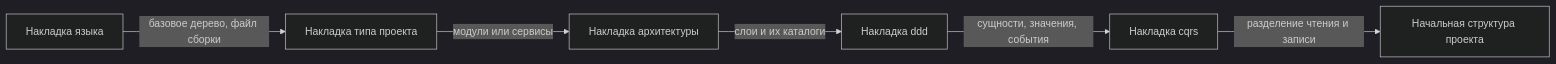
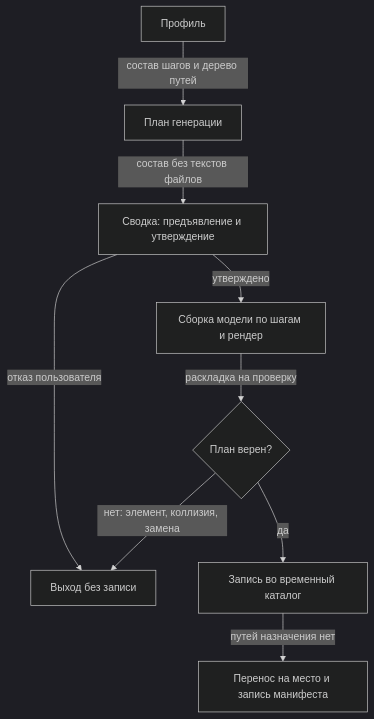
One commit to united-software-platform/extruder changed the second of 4 diagrams in docs/project-plan.md. Above: the diagram before and after it, drawn with Mermaid (dark theme). The commit also changed other lines of this file and 22 other files, not shown here.

First line of the commit message:
EXT-005: пересмотреть конвейер генерации — план, модель, проверка плана

````diff
--- a/docs/project-plan.md
+++ b/docs/project-plan.md
@@ -68,8 +70,11 @@
 ```mermaid
-flowchart LR
-    L[Накладка языка] -->|базовое дерево, файл сборки| T[Накладка типа проекта]
-    T -->|модули или сервисы| A[Накладка архитектуры]
-    A -->|слои и их каталоги| D[Накладка ddd]
-    D -->|сущности, значения, события| C[Накладка cqrs]
-    C -->|разделение чтения и записи| R[Начальная структура проекта]
+flowchart TD
+    P[Профиль] -->|состав шагов и дерево путей| PL[План генерации]
+    PL -->|состав без текстов файлов| S[Сводка: предъявление и утверждение]
+    S -->|утверждено| M[Сборка модели по шагам и рендер]
+    S -->|отказ пользователя| X[Выход без записи]
+    M -->|раскладка на проверку| V{План верен?}
+    V -->|нет: элемент, коллизия, замена| X
+    V -->|да| W[Запись во временный каталог]
+    W -->|путей назначения нет| R[Перенос на место и запись манифеста]
 ```
````
